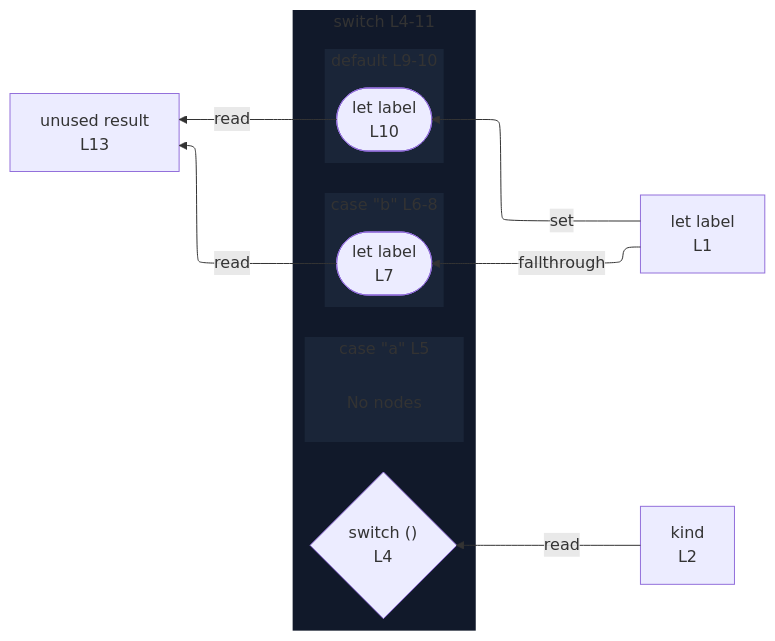
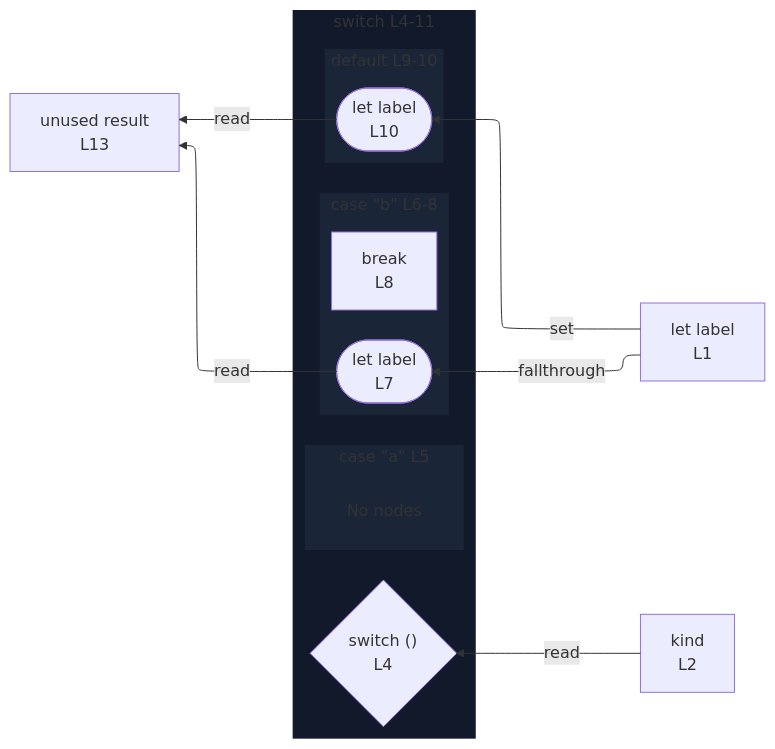
The diagram in integration/fixtures/switch-statement/stacked/preview.md (crescware/unsnarl), drawn with Mermaid before and after one commit. The commit also changed 352 other files, not shown here.

````diff
--- a/integration/fixtures/switch-statement/stacked/preview.md
+++ b/integration/fixtures/switch-statement/stacked/preview.md
@@ -23,36 +23,37 @@
 ```mermaid
 %%{init: {"flowchart": {"defaultRenderer": "elk"}}}%%
 flowchart RL
   n_scope_0_label_4["let label<br/>L1"]
   n_scope_0_kind_22["kind<br/>L2"]
   n_scope_0_result_145["unused result<br/>L13"]
   subgraph s_scope_1["switch L4-11"]
     direction RL
     switch_discriminant_scope_0_35{"switch ()<br/>L4"}
     subgraph s_scope_2["case &quot;a&quot; L5"]
       direction RL
       elk_empty_s_scope_2["No nodes"]
     end
     subgraph s_scope_3["case &quot;b&quot; L6-8"]
       direction RL
       wr_ref_3(["let label<br/>L7"])
+      bc_break_97["break<br/>L8"]
     end
     subgraph s_scope_4["default L9-10"]
       direction RL
       wr_ref_4(["let label<br/>L10"])
     end
   end
   n_scope_0_label_4 -->|fallthrough| wr_ref_3
   n_scope_0_label_4 -->|set| wr_ref_4
   n_scope_0_kind_22 -->|read| switch_discriminant_scope_0_35
   wr_ref_3 -->|read| n_scope_0_result_145
   wr_ref_4 -->|read| n_scope_0_result_145
   classDef nestL1 fill:#11192a,stroke:transparent;
   class s_scope_1 nestL1;
   classDef nestL2 fill:#1a2538,stroke:transparent;
   class s_scope_2 nestL2;
   class s_scope_3 nestL2;
   class s_scope_4 nestL2;
   classDef elkEmptyPlaceholder fill:transparent,stroke:transparent;
   class elk_empty_s_scope_2 elkEmptyPlaceholder;
 ```
````
